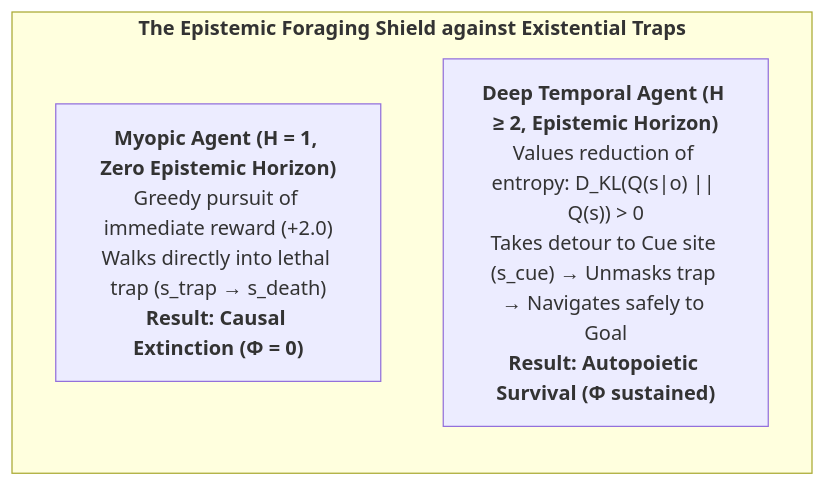
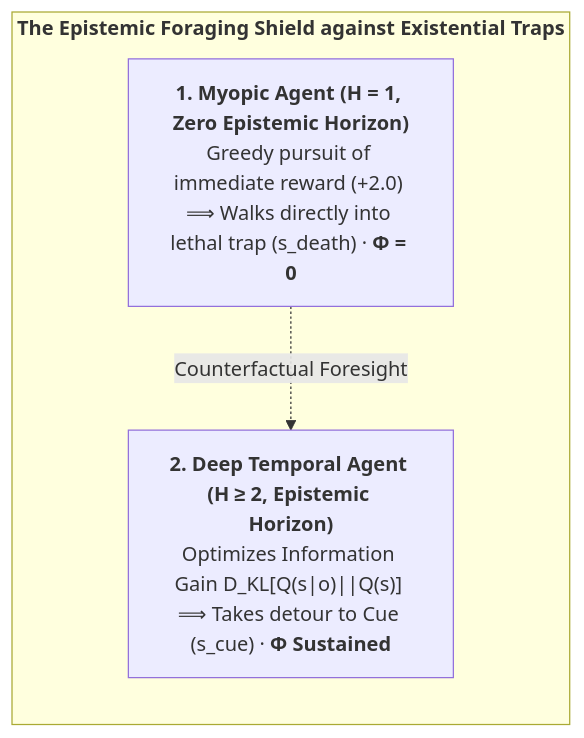
One commit to Thriebl/active-inference-phi-network changed the third of 4 diagrams in book/manuscript_en/07_computational_verification_and_monte_carlo.md. Above: the diagram before and after it, drawn with Mermaid. The commit also changed other lines of this file and 16 other files, not shown here.

Commit message:
Enhance English monograph: standardize chart sizing, number figures/statements/tables, add lists before App E, link open-source repo

````diff
--- a/book/manuscript_en/07_computational_verification_and_monte_carlo.md
+++ b/book/manuscript_en/07_computational_verification_and_monte_carlo.md
@@ -123,10 +126,12 @@
 ```mermaid
-flowchart LR
+flowchart TD
     subgraph FORAGING_DYNAMICS["<b>The Epistemic Foraging Shield against Existential Traps</b>"]
         direction TB
         
-        MYOPIC_PATH["<b>Myopic Agent (H = 1, Zero Epistemic Horizon)</b><br>Greedy pursuit of immediate reward (+2.0)<br>Walks directly into lethal trap (s_trap → s_death)<br><b>Result: Causal Extinction (Φ = 0)</b>"]
+        MYOPIC_PATH["<b>1. Myopic Agent (H = 1, Zero Epistemic Horizon)</b><br>Greedy pursuit of immediate reward (+2.0) ⟹ Walks directly into lethal trap (s_death) · <b>Φ = 0</b>"]
         
-        EPISTEMIC_PATH["<b>Deep Temporal Agent (H ≥ 2, Epistemic Horizon)</b><br>Values reduction of entropy: D_KL(Q(s|o) || Q(s)) > 0<br>Takes detour to Cue site (s_cue) → Unmasks trap → Navigates safely to Goal<br><b>Result: Autopoietic Survival (Φ sustained)</b>"]
+        EPISTEMIC_PATH["<b>2. Deep Temporal Agent (H ≥ 2, Epistemic Horizon)</b><br>Optimizes Information Gain D_KL[Q(s|o)||Q(s)] ⟹ Takes detour to Cue (s_cue) · <b>Φ Sustained</b>"]
+        
+        MYOPIC_PATH -.->|"Counterfactual Foresight"| EPISTEMIC_PATH
     end
 ```
````
